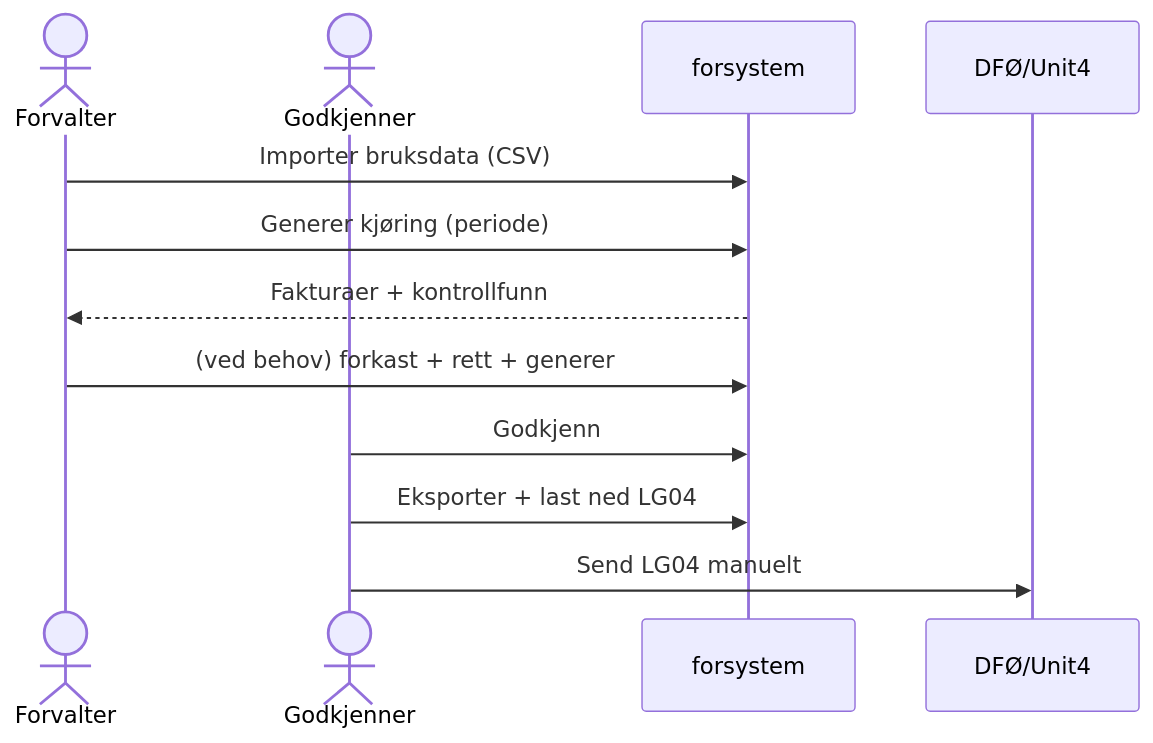
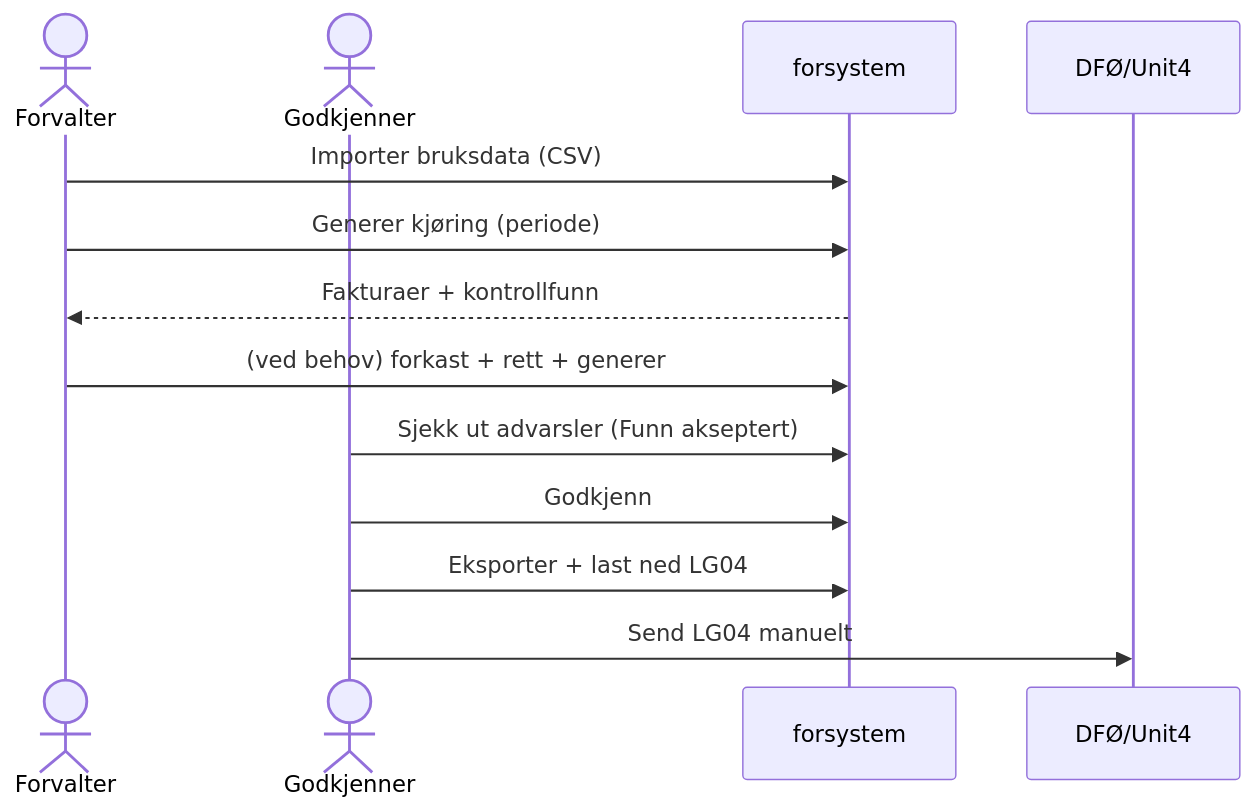
One commit to Altinn/pre-invoice-system changed the fourth of 4 diagrams in docs/brukerveiledning.md. Above: the diagram before and after it, drawn with Mermaid. The commit also changed other lines of this file and 50 other files, not shown here.

````diff
--- a/docs/brukerveiledning.md
+++ b/docs/brukerveiledning.md
@@ -434,14 +440,15 @@
 ```mermaid
 sequenceDiagram
     actor F as Forvalter
     actor G as Godkjenner
     participant S as forsystem
     participant D as DFØ/Unit4
     F->>S: Importer bruksdata (CSV)
     F->>S: Generer kjøring (periode)
     S-->>F: Fakturaer + kontrollfunn
     F->>S: (ved behov) forkast + rett + generer
+    G->>S: Sjekk ut advarsler (Funn akseptert)
     G->>S: Godkjenn
     G->>S: Eksporter + last ned LG04
     G->>D: Send LG04 manuelt
 ```
````
